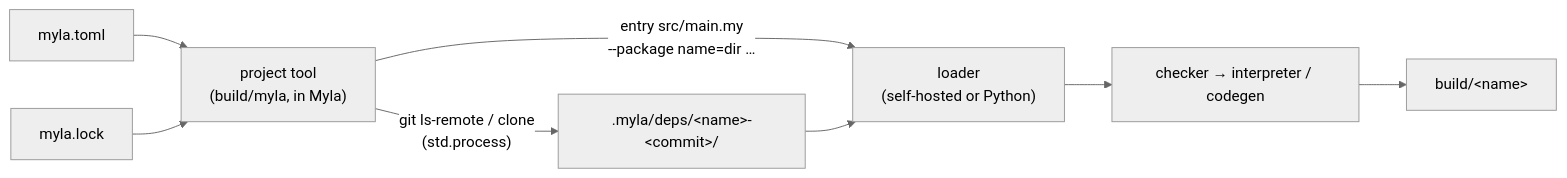
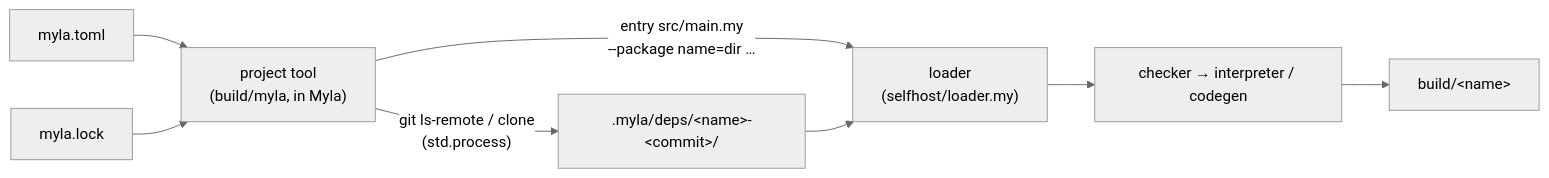
The diagram in docs/Architecture/Project-tool.md (h3ll5ur7er/myla), drawn with Mermaid (neutral theme) before and after one commit. The commit also changed other lines of this file and 40 other files, not shown here.

First line of the commit message:
Documentation for the self-hosted toolchain alone (MYLA-219)

````diff
--- a/docs/Architecture/Project-tool.md
+++ b/docs/Architecture/Project-tool.md
@@ -12,10 +12,10 @@
 ```mermaid
 flowchart LR
     toml["myla.toml"] --> tool["project tool<br/>(build/myla, in Myla)"]
     lock["myla.lock"] --> tool
     tool -->|"git ls-remote / clone<br/>(std.process)"| deps[".myla/deps/&lt;name&gt;-&lt;commit&gt;/"]
-    tool -->|"entry src/main.my<br/>--package name=dir …"| loader["loader<br/>(self-hosted or Python)"]
+    tool -->|"entry src/main.my<br/>--package name=dir …"| loader["loader<br/>(selfhost/loader.my)"]
     deps --> loader
     loader --> rest["checker → interpreter / codegen"]
     rest --> out["build/&lt;name&gt;"]
 ```
````
